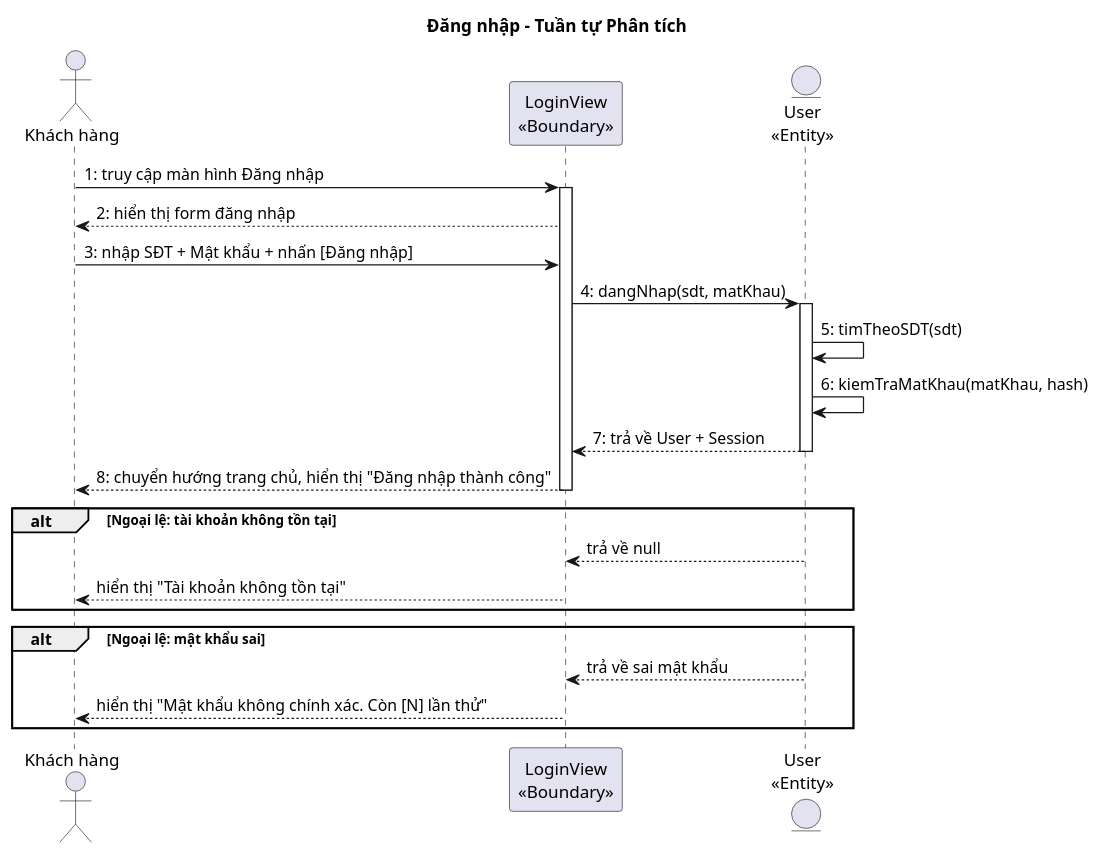
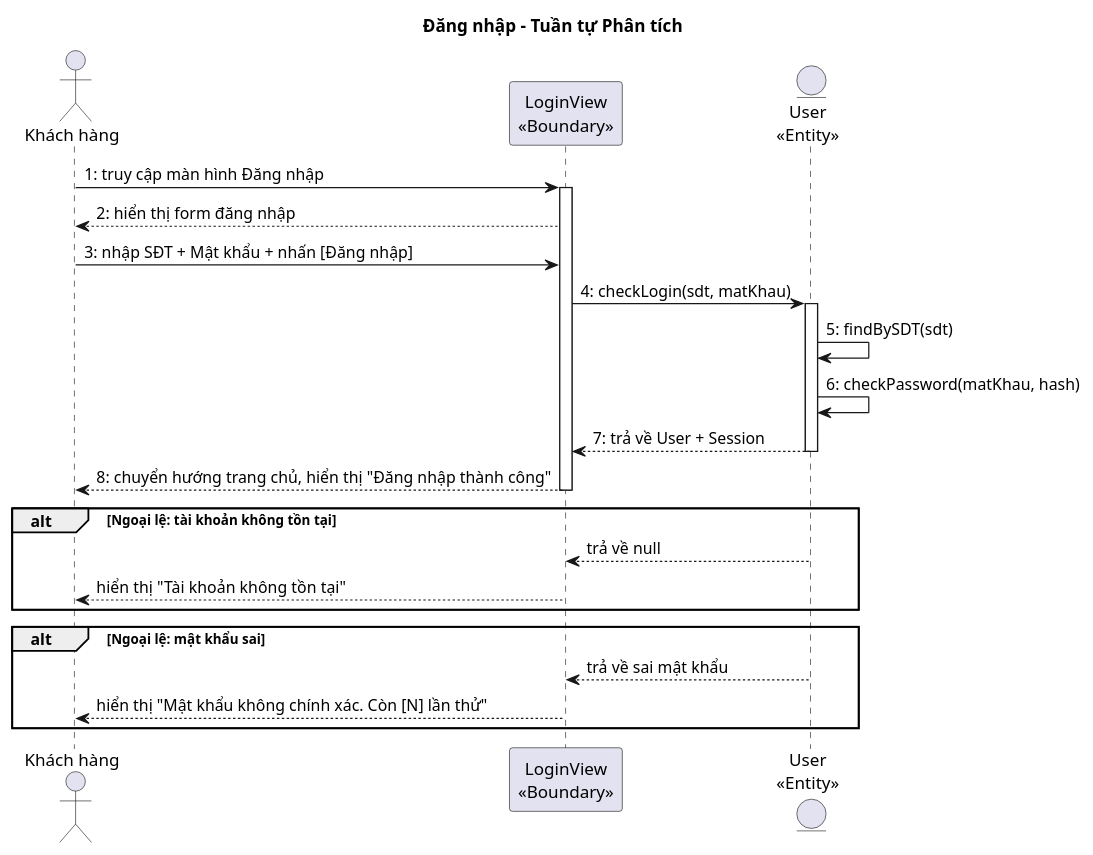
The first of 5 diagrams in docs/tabs/section-account-ii.md (thanhtrnnn/cnpm), drawn with PlantUML before and after one commit. The commit also changed other lines of this file and 7 other files, not shown here.

````diff
--- a/docs/tabs/section-account-ii.md
+++ b/docs/tabs/section-account-ii.md
@@ -218,32 +218,32 @@
 ```plantuml
 @startuml
 title Đăng nhập – Tuần tự Phân tích
 
 actor "Khách hàng" as KH
 participant "LoginView\n<<Boundary>>" as B1
 entity "User\n<<Entity>>" as E1
 
 KH -> B1 : 1: truy cập màn hình Đăng nhập
 activate B1
 B1 --> KH : 2: hiển thị form đăng nhập
 KH -> B1 : 3: nhập SĐT + Mật khẩu + nhấn [Đăng nhập]
-B1 -> E1 : 4: dangNhap(sdt, matKhau)
+B1 -> E1 : 4: checkLogin(sdt, matKhau)
 activate E1
-E1 -> E1 : 5: timTheoSDT(sdt)
-E1 -> E1 : 6: kiemTraMatKhau(matKhau, hash)
+E1 -> E1 : 5: findBySDT(sdt)
+E1 -> E1 : 6: checkPassword(matKhau, hash)
 E1 --> B1 : 7: trả về User + Session
 deactivate E1
 B1 --> KH : 8: chuyển hướng trang chủ, hiển thị "Đăng nhập thành công"
 deactivate B1
 
 alt Ngoại lệ: tài khoản không tồn tại
   E1 --> B1 : trả về null
   B1 --> KH : hiển thị "Tài khoản không tồn tại"
 end
 
 alt Ngoại lệ: mật khẩu sai
   E1 --> B1 : trả về sai mật khẩu
   B1 --> KH : hiển thị "Mật khẩu không chính xác. Còn [N] lần thử"
 end
 @enduml
 ```
````
